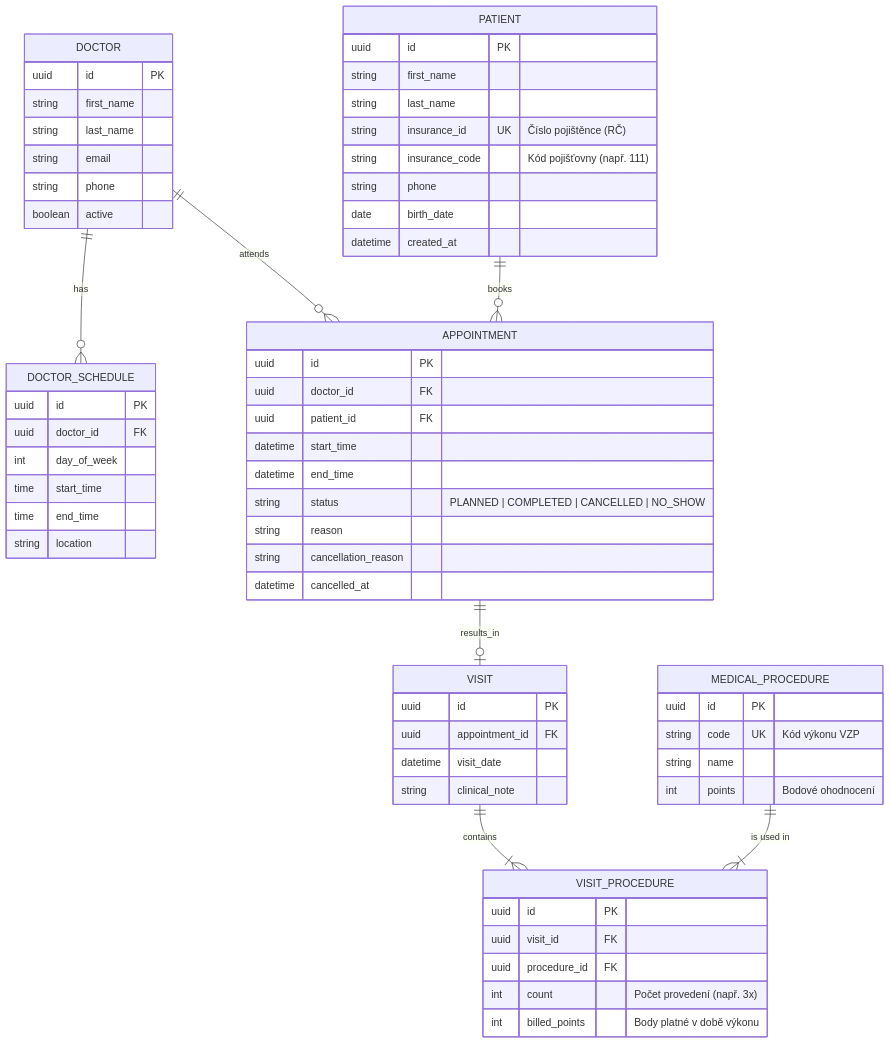
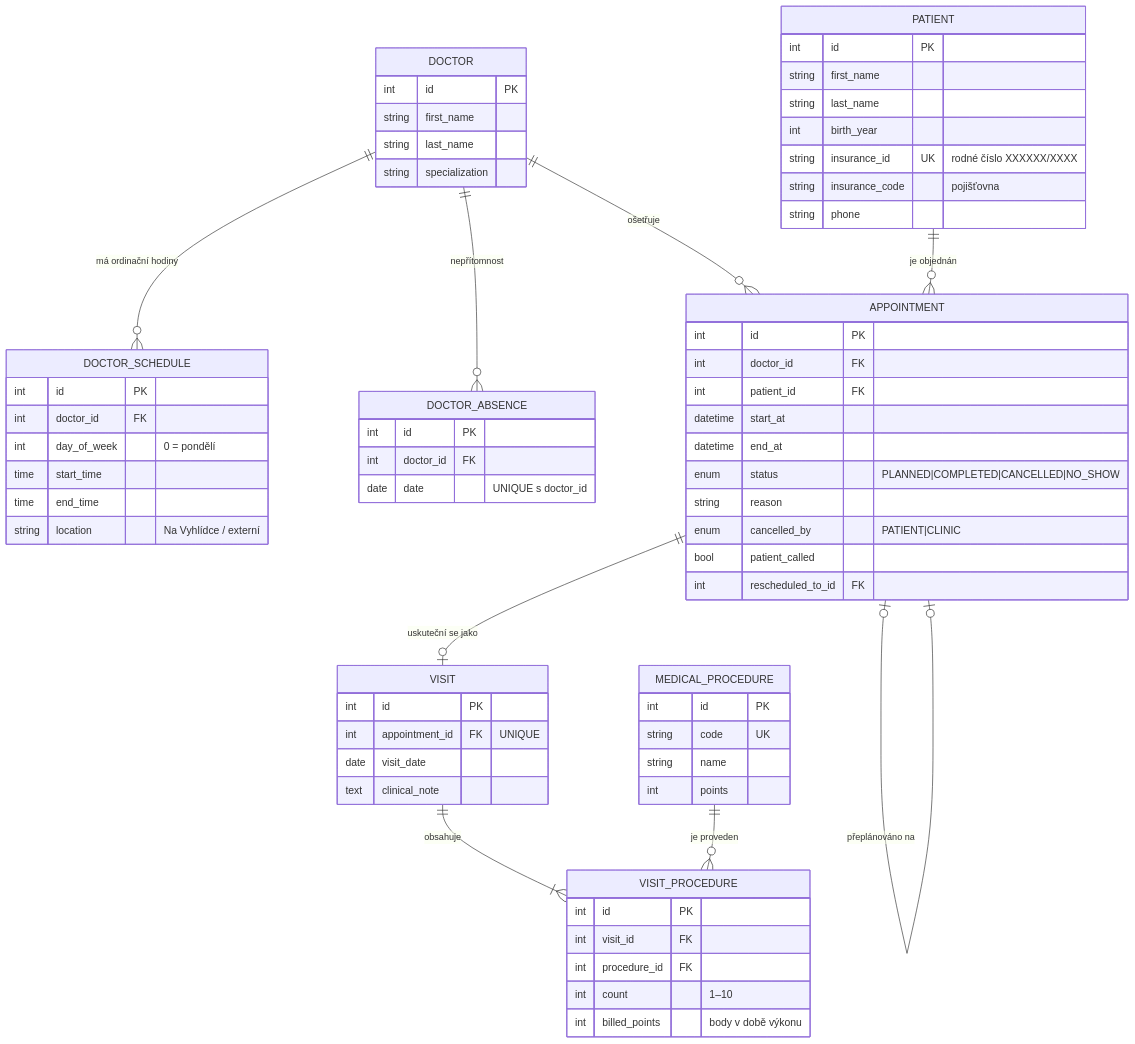
The diagram in README.md (NovakGroup/ppro-clinic-reservation), drawn with Mermaid before and after one commit. The commit also changed other lines of this file and 4 other files, not shown here.

````diff
--- a/README.md
+++ b/README.md
@@ -54,72 +86,71 @@
 ```mermaid
 erDiagram
-    DOCTOR ||--o{ DOCTOR_SCHEDULE : has
-    DOCTOR ||--o{ APPOINTMENT : attends
-    PATIENT ||--o{ APPOINTMENT : books
-    APPOINTMENT ||--o| VISIT : results_in
-    VISIT ||--|{ VISIT_PROCEDURE : contains
-    MEDICAL_PROCEDURE ||--|{ VISIT_PROCEDURE : "is used in"
+    DOCTOR ||--o{ DOCTOR_SCHEDULE : "má ordinační hodiny"
+    DOCTOR ||--o{ DOCTOR_ABSENCE : "nepřítomnost"
+    DOCTOR ||--o{ APPOINTMENT : ošetřuje
+    PATIENT ||--o{ APPOINTMENT : "je objednán"
+    APPOINTMENT ||--o| VISIT : "uskuteční se jako"
+    APPOINTMENT |o--o| APPOINTMENT : "přeplánováno na"
+    VISIT ||--|{ VISIT_PROCEDURE : obsahuje
+    MEDICAL_PROCEDURE ||--o{ VISIT_PROCEDURE : "je proveden"
 
     DOCTOR {
-        uuid id PK
+        int id PK
         string first_name
         string last_name
-        string email
-        string phone
-        boolean active
+        string specialization
     }
-
     DOCTOR_SCHEDULE {
-        uuid id PK
-        uuid doctor_id FK
-        int day_of_week
+        int id PK
+        int doctor_id FK
+        int day_of_week "0 = pondělí"
         time start_time
         time end_time
-        string location
+        string location "Na Vyhlídce / externí"
     }
-
+    DOCTOR_ABSENCE {
+        int id PK
+        int doctor_id FK
+        date date "UNIQUE s doctor_id"
+    }
     PATIENT {
-        uuid id PK
+        int id PK
         string first_name
         string last_name
-        string insurance_id UK "Číslo pojištěnce (RČ)"
-        string insurance_code "Kód pojišťovny (např. 111)"
+        int birth_year
+        string insurance_id UK "rodné číslo XXXXXX/XXXX"
+        string insurance_code "pojišťovna"
         string phone
-        date birth_date
-        datetime created_at
     }
-
     APPOINTMENT {
-        uuid id PK
-        uuid doctor_id FK
-        uuid patient_id FK
-        datetime start_time
-        datetime end_time
-        string status "PLANNED | COMPLETED | CANCELLED | NO_SHOW"
+        int id PK
+        int doctor_id FK
+        int patient_id FK
+        datetime start_at
+        datetime end_at
+        enum status "PLANNED|COMPLETED|CANCELLED|NO_SHOW"
         string reason
-        string cancellation_reason
-        datetime cancelled_at
+        enum cancelled_by "PATIENT|CLINIC"
+        bool patient_called
+        int rescheduled_to_id FK
     }
-
     VISIT {
-        uuid id PK
-        uuid appointment_id FK
-        datetime visit_date
-        string clinical_note
+        int id PK
+        int appointment_id FK "UNIQUE"
+        date visit_date
+        text clinical_note
     }
-
     MEDICAL_PROCEDURE {
-        uuid id PK
-        string code UK "Kód výkonu VZP"
+        int id PK
+        string code UK
         string name
-        int points "Bodové ohodnocení"
+        int points
     }
-
     VISIT_PROCEDURE {
-        uuid id PK
-        uuid visit_id FK
-        uuid procedure_id FK
-        int count "Počet provedení (např. 3x)"
-        int billed_points "Body platné v době výkonu"
+        int id PK
+        int visit_id FK
+        int procedure_id FK
+        int count "1–10"
+        int billed_points "body v době výkonu"
     }
 ```
````
